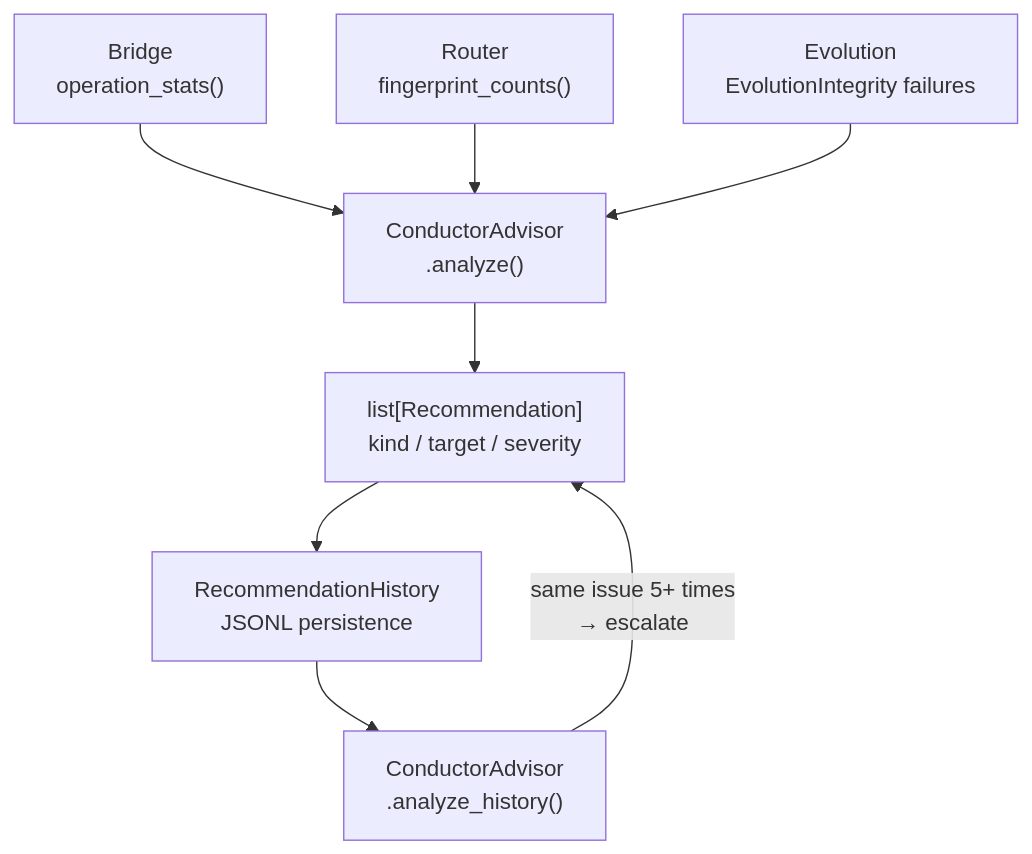
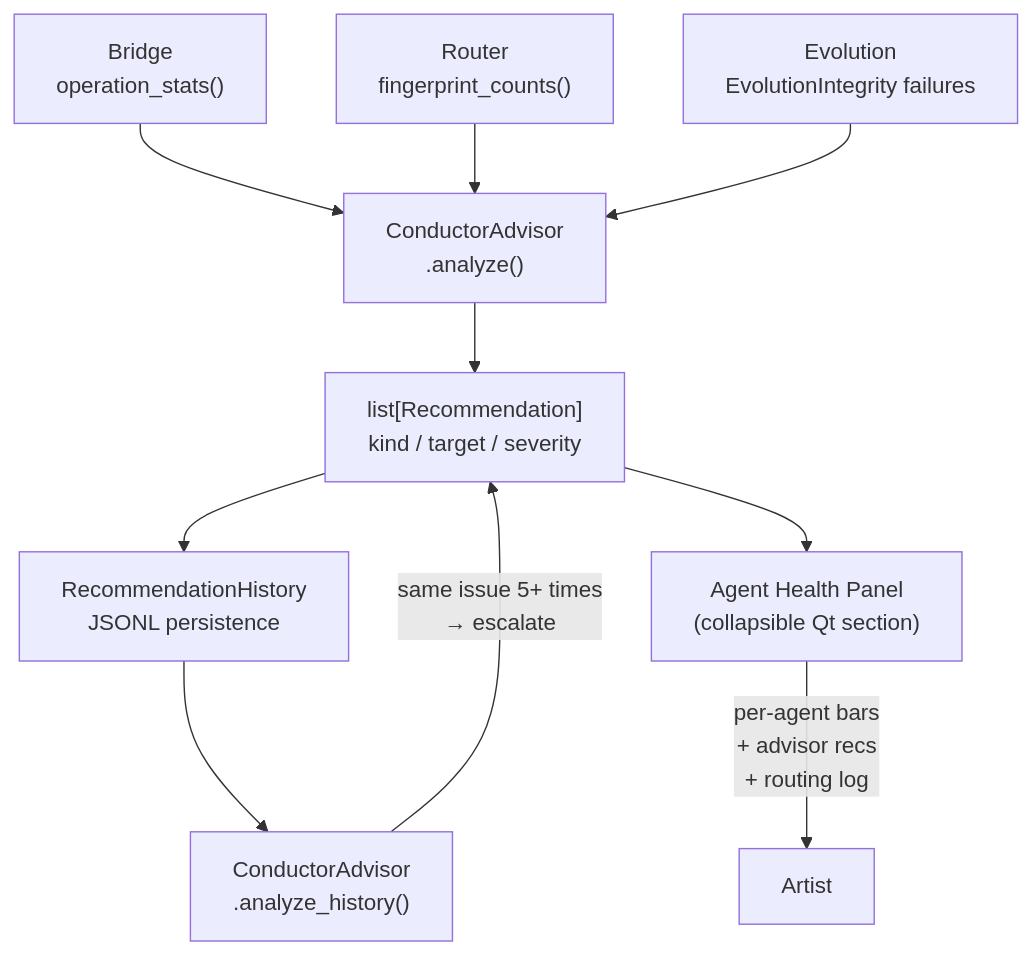
One commit to JosephOIbrahim/Synapse changed the third of 6 diagrams in README.md. Above: the diagram before and after it, drawn with Mermaid. The commit also changed other lines of this file, not shown here.

First line of the commit message:
README: add Agent Health Panel to features, architecture, and observability diagram

````diff
--- a/README.md
+++ b/README.md
@@ -446,10 +448,12 @@
 ```mermaid
 flowchart TB
     Bridge["Bridge\noperation_stats()"] --> Advisor
     Router["Router\nfingerprint_counts()"] --> Advisor
     Evolution["Evolution\nEvolutionIntegrity failures"] --> Advisor
     Advisor["ConductorAdvisor\n.analyze()"] --> Recs["list[Recommendation]\nkind / target / severity"]
     Recs --> History["RecommendationHistory\nJSONL persistence"]
     History --> Meta["ConductorAdvisor\n.analyze_history()"]
     Meta --> |"same issue 5+ times\n→ escalate"| Recs
+    Recs --> Panel["Agent Health Panel\n(collapsible Qt section)"]
+    Panel --> |"per-agent bars\n+ advisor recs\n+ routing log"| Artist["Artist"]
 ```
````
